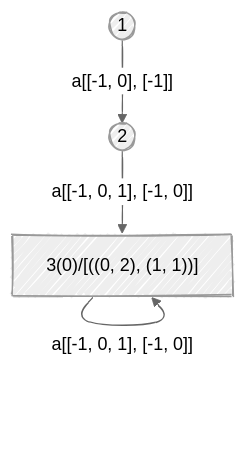
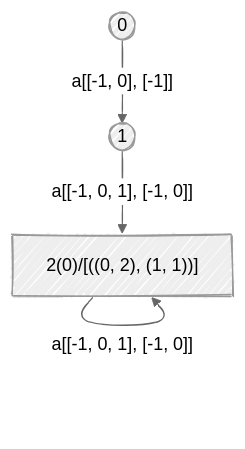
Before and after one commit to moonbitlang/moonlex-old: the diagram in src/lib/tests/__snapshot__/dfa_a_star_capture.md, drawn with Mermaid (neutral theme). The commit also changed 21 other files, not shown here.

````diff
--- a/src/lib/tests/__snapshot__/dfa_a_star_capture.md
+++ b/src/lib/tests/__snapshot__/dfa_a_star_capture.md
@@ -1,13 +1,13 @@
 ```mermaid
 ---
   config:
     look: handDrawn
 ---
 graph TD
-1-->|"a[[-1, 0], [-1]]"|2
-2-->|"a[[-1, 0, 1], [-1, 0]]"|3
-3-->|"a[[-1, 0, 1], [-1, 0]]"|3
+0-->|"a[[-1, 0], [-1]]"|1
+1-->|"a[[-1, 0, 1], [-1, 0]]"|2
+2-->|"a[[-1, 0, 1], [-1, 0]]"|2
+0((0))
 1((1))
-2((2))
-3["3(0)/[((0, 2), (1, 1))]"]
+2["2(0)/[((0, 2), (1, 1))]"]
 ```
````
